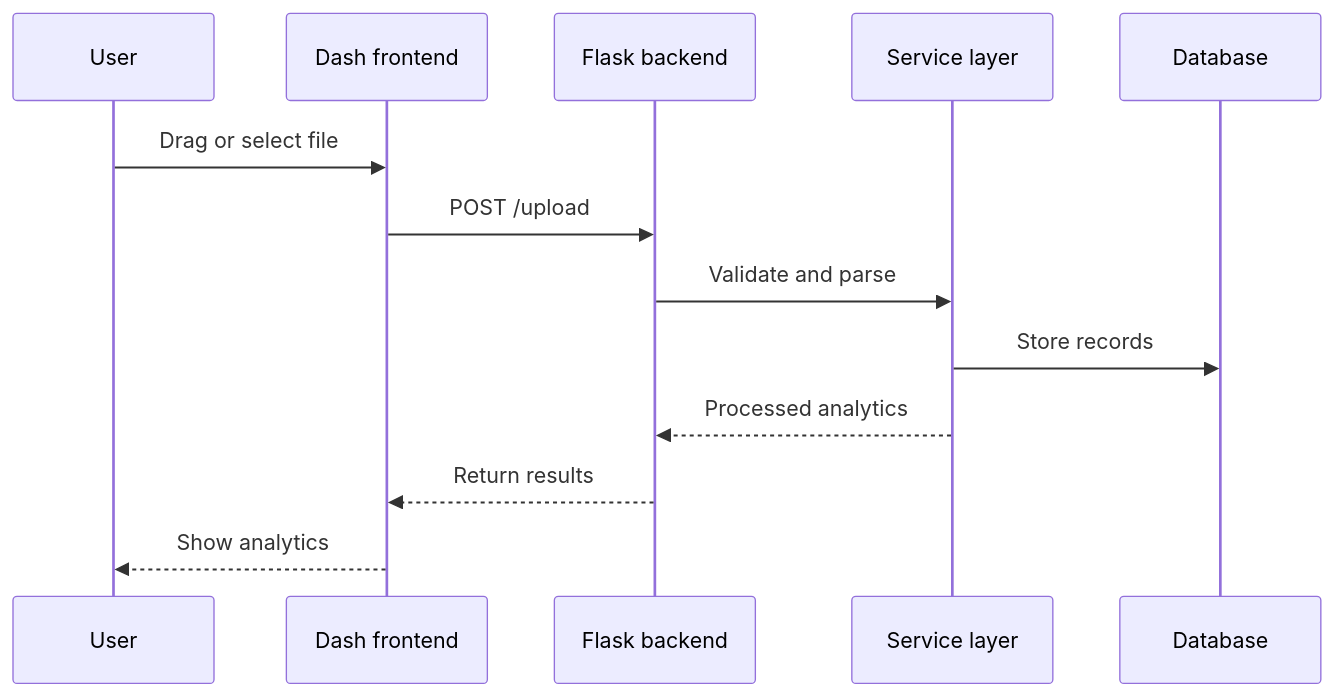
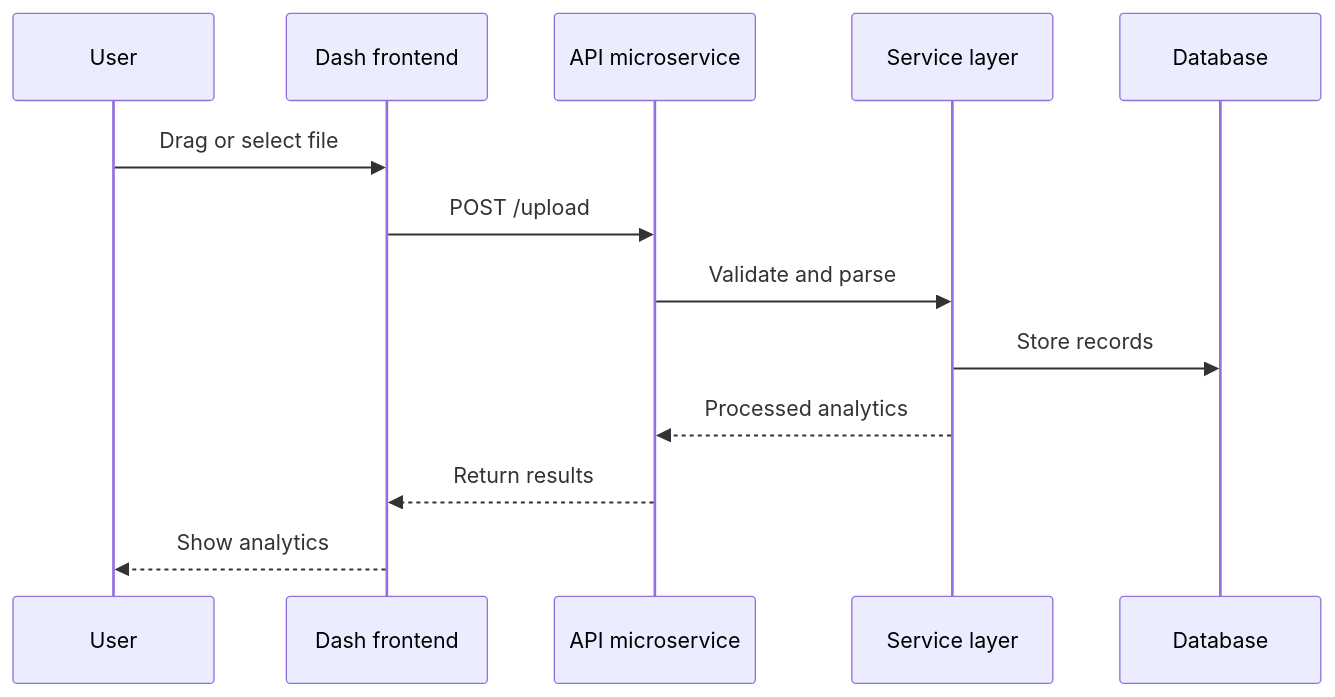
Before and after one commit to WSG23/yosai_intel_dashboard_fresh: the second of 2 diagrams in docs/architecture_diagrams.md, drawn with Mermaid. The commit also changed other lines of this file and 5 other files, not shown here.

````diff
--- a/docs/architecture_diagrams.md
+++ b/docs/architecture_diagrams.md
@@ -18,16 +18,16 @@
 ```mermaid
 sequenceDiagram
     participant U as User
     participant FE as Dash frontend
-    participant BE as Flask backend
+    participant BE as API microservice
     participant S as Service layer
     participant DB as Database
 
     U->>FE: Drag or select file
     FE->>BE: POST /upload
     BE->>S: Validate and parse
     S->>DB: Store records
     S-->>BE: Processed analytics
     BE-->>FE: Return results
     FE-->>U: Show analytics
 ```
````
